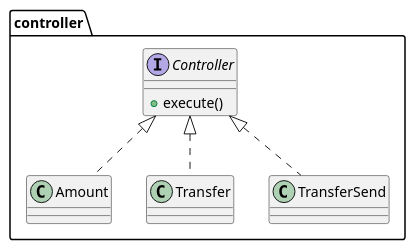
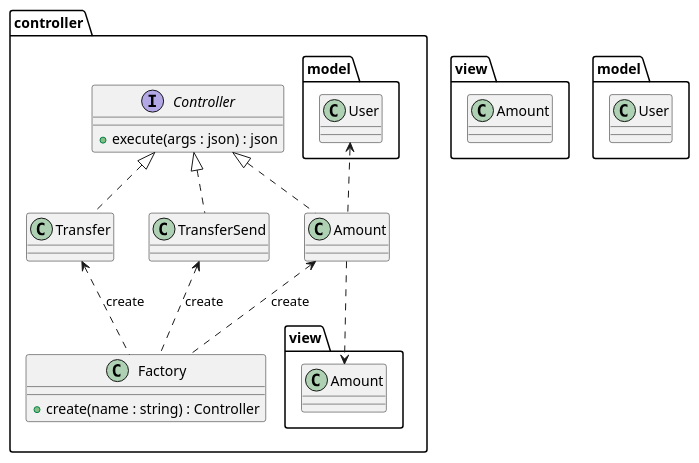
One commit to bonewell/moneybox changed the diagram in uml/controller-class.puml. Above: the diagram before and after it, drawn with PlantUML. The commit also changed 5 other files, not shown here.

Commit message:
Update UML model v1

```diff
--- a/uml/controller-class.puml
+++ b/uml/controller-class.puml
@@ -1,14 +1,28 @@
 @startuml
 namespace controller {
     interface Controller {
-        + execute()
+        + execute(args : json) : json
+    }
+    class Factory {
+        + create(name : string) : Controller
     }
     class Amount
     class Transfer
     class TransferSend
 
     Controller <|.. Amount
     Controller <|.. Transfer
     Controller <|.. TransferSend
+    Amount <.. Factory : create
+    Transfer <.. Factory : create
+    TransferSend <.. Factory : create
+    model.User <.. Amount
+    Amount ..> view.Amount
+}
+namespace view {
+    class Amount
+}
+namespace model {
+    class User
 }
 @enduml
```
